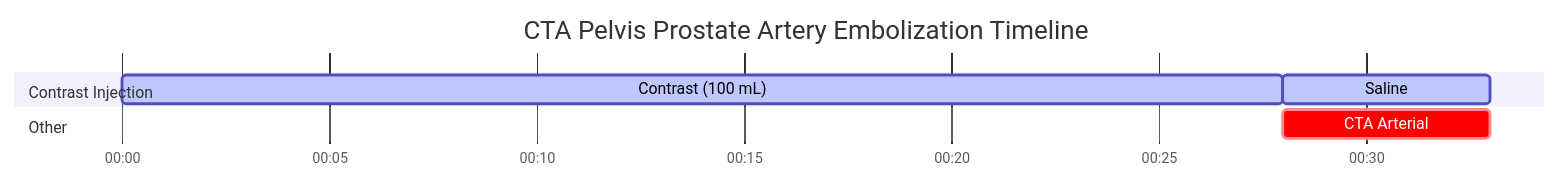
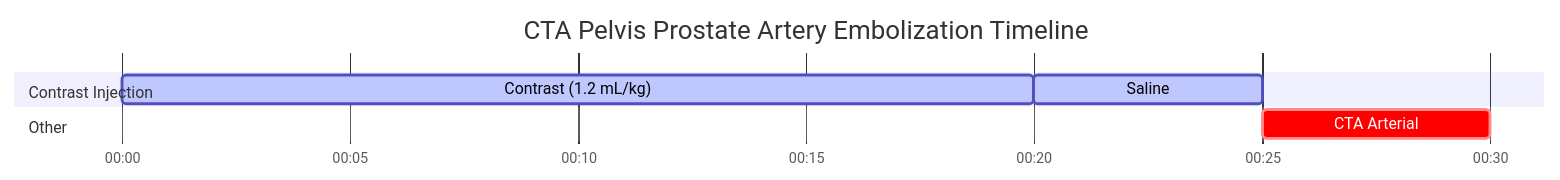
The diagram in docs/ct/vascular/cta-pelvis-prostate-artery-embolization.md (dfergs93/radiology-protocols), drawn with Mermaid before and after one commit. The commit also changed other lines of this file and 26 other files, not shown here.

````diff
--- a/docs/ct/vascular/cta-pelvis-prostate-artery-embolization.md
+++ b/docs/ct/vascular/cta-pelvis-prostate-artery-embolization.md
@@ -83,18 +87,18 @@
   ```mermaid
   ---
   displayMode: compact
   config:
     theme: default
     themeCSS: " #Saline{ fill: #4ed5ff; stroke: #2094f3; } "
   ---
     gantt
       title CTA Pelvis Prostate Artery Embolization Timeline
       dateFormat mm:ss
       axisFormat %M:%S 
       
       section Contrast Injection
-      Contrast (100 mL)    :active, contrast, 00:00, 28s
+      Contrast (1.2 mL/kg)    :active, contrast, 00:00, 20s
       Saline          :active, saline, after contrast, 5s
       section Other
-      CTA Arterial    :crit, scan1, after contrast, 5s
+      CTA Arterial    :crit, scan1, after saline, 5s
   ```
````
